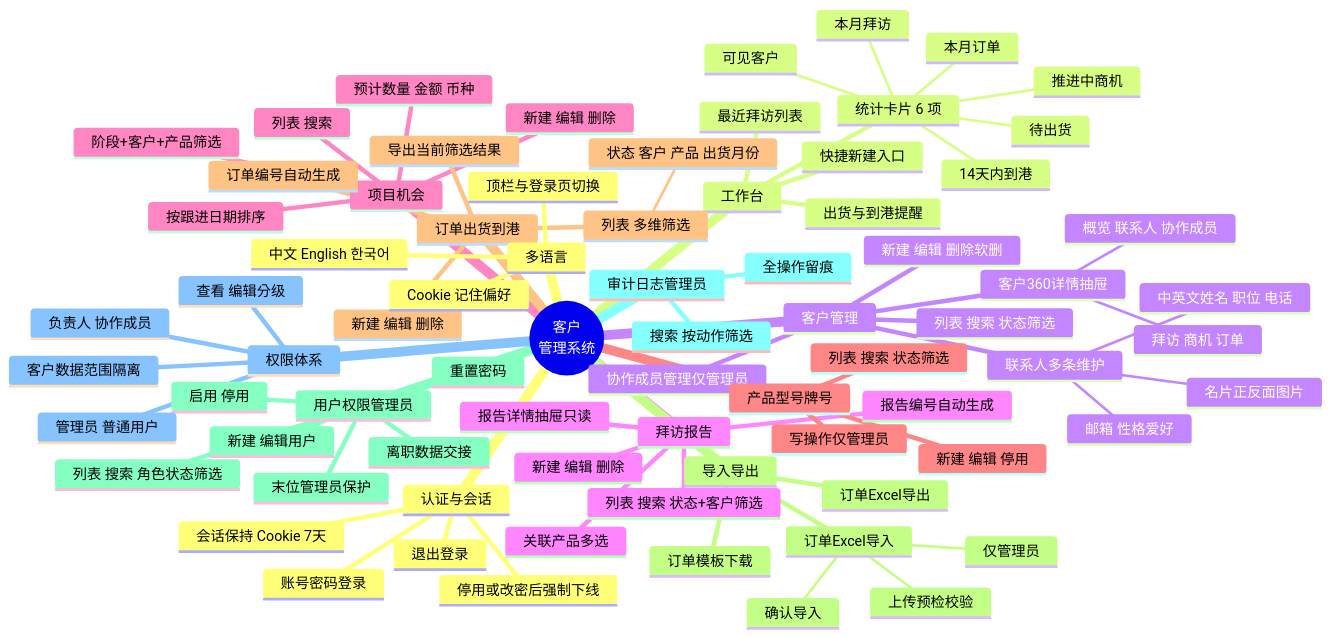
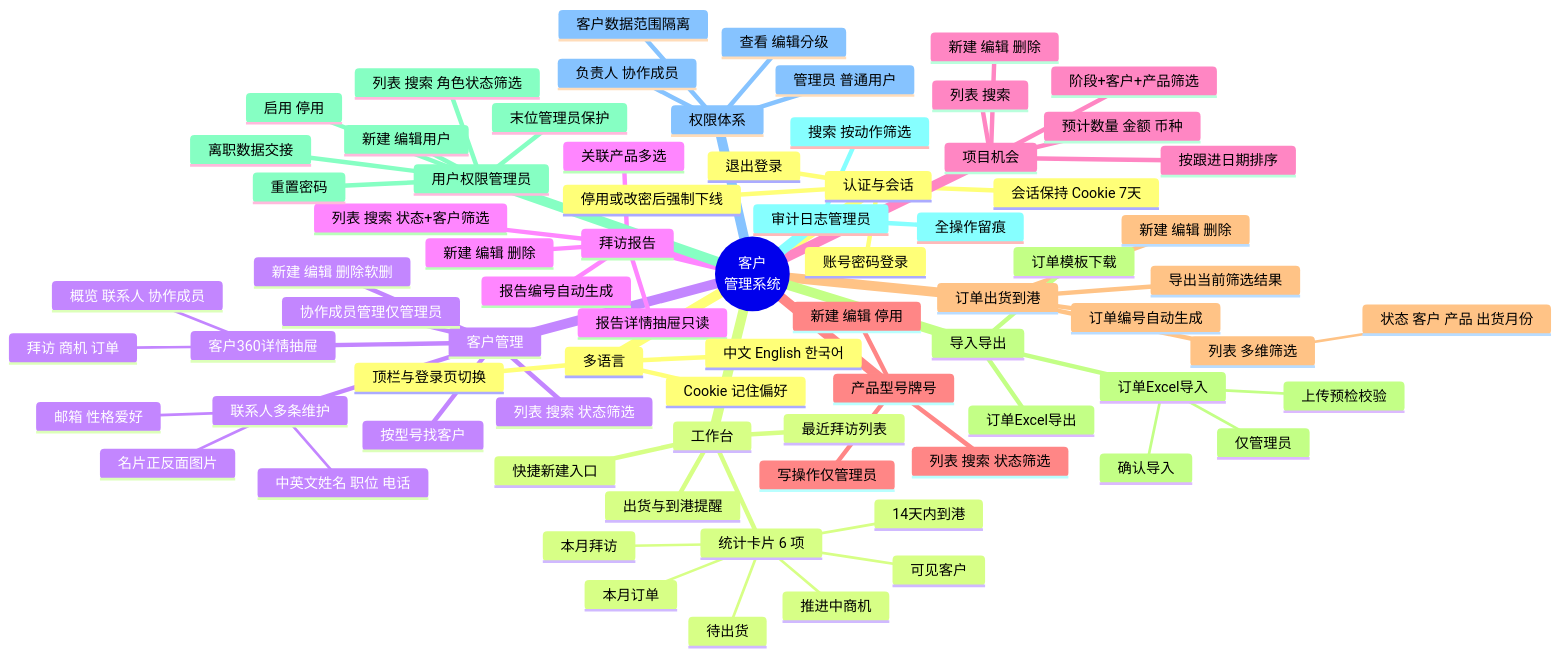
One commit to Caho1/crm-admin changed the diagram in FEATURES.md. Above: the diagram before and after it, drawn with Mermaid. The commit also changed other lines of this file and 4 other files, not shown here.

````diff
--- a/FEATURES.md
+++ b/FEATURES.md
@@ -8,79 +8,80 @@
 ```mermaid
 mindmap
   root((客户<br/>管理系统))
     认证与会话
       账号密码登录
       会话保持 Cookie 7天
       退出登录
       停用或改密后强制下线
     工作台
       统计卡片 6 项
         可见客户
         本月拜访
         推进中商机
         本月订单
         待出货
         14天内到港
       快捷新建入口
       最近拜访列表
       出货与到港提醒
     客户管理
       列表 搜索 状态筛选
+      按型号找客户
       新建 编辑 删除软删
       客户360详情抽屉
         概览 联系人 协作成员
         拜访 商机 订单
       联系人多条维护
         中英文姓名 职位 电话
         邮箱 性格爱好
         名片正反面图片
       协作成员管理仅管理员
     拜访报告
       列表 搜索 状态+客户筛选
       新建 编辑 删除
       报告详情抽屉只读
       关联产品多选
       报告编号自动生成
     项目机会
       列表 搜索
       阶段+客户+产品筛选
       新建 编辑 删除
       预计数量 金额 币种
       按跟进日期排序
     产品型号牌号
       列表 搜索 状态筛选
       新建 编辑 停用
       写操作仅管理员
     订单出货到港
       列表 多维筛选
         状态 客户 产品 出货月份
       新建 编辑 删除
       订单编号自动生成
       导出当前筛选结果
     导入导出
       订单模板下载
       订单Excel导出
       订单Excel导入
         上传预检校验
         确认导入
         仅管理员
     用户权限管理员
       列表 搜索 角色状态筛选
       新建 编辑用户
       启用 停用
       重置密码
       离职数据交接
       末位管理员保护
     审计日志管理员
       全操作留痕
       搜索 按动作筛选
     权限体系
       管理员 普通用户
       客户数据范围隔离
       负责人 协作成员
       查看 编辑分级
     多语言
       中文 English 한국어
       顶栏与登录页切换
       Cookie 记住偏好
 ```
````
